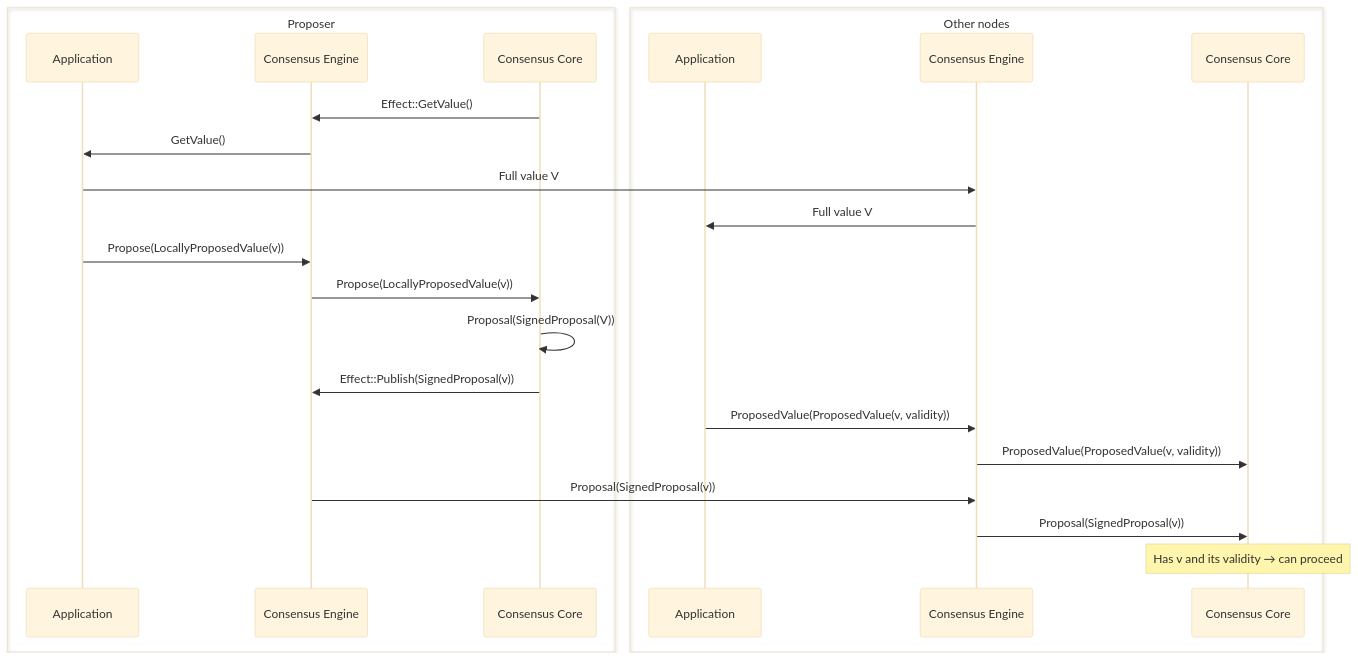
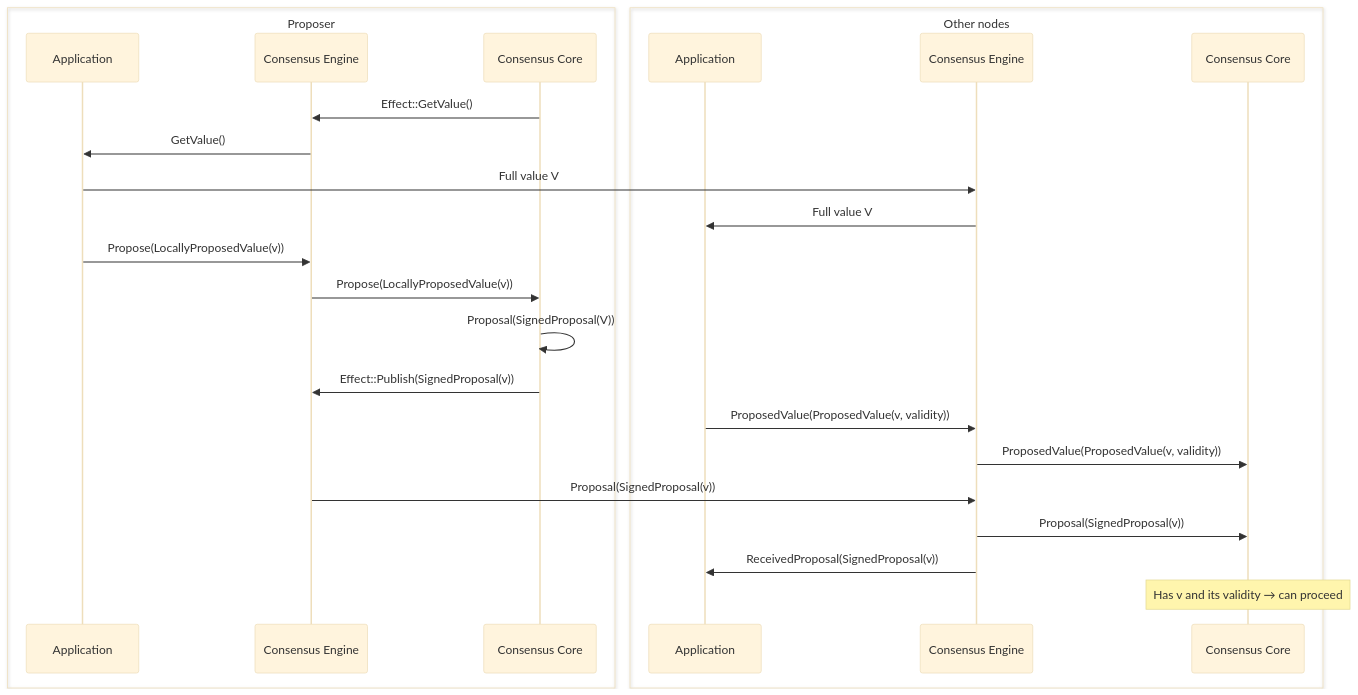
The second of 3 diagrams in docs/architecture/adr-003-values-propagation.md (circlefin/malachite), drawn with Mermaid (base theme) before and after one commit. The commit also changed other lines of this file and 2 other files, not shown here.

First line of the commit message:
Use cast instead of call_and_forward in ProposalAndParts mode

````diff
--- a/docs/architecture/adr-003-values-propagation.md
+++ b/docs/architecture/adr-003-values-propagation.md
@@ -238,33 +238,34 @@
 ```mermaid
 sequenceDiagram
     box Proposer
       participant A1 as Application
       participant E1 as Consensus Engine
       participant C1 as Consensus Core
     end
 
     box Other nodes
       participant A2 as Application
       participant E2 as Consensus Engine
       participant C2 as Consensus Core
     end
 
     C1->>E1: Effect::GetValue()
     E1->>A1: GetValue()
 
     A1->>E2: Full value V
     E2->>A2: Full value V
 
     A1->>E1: Propose(LocallyProposedValue(v))
     E1->>C1: Propose(LocallyProposedValue(v))
     C1->>C1: Proposal(SignedProposal(V))
     C1->>E1: Effect::Publish(SignedProposal(v))
 
     A2->>E2: ProposedValue(ProposedValue(v, validity))
     E2->>C2: ProposedValue(ProposedValue(v, validity))
     E1->>E2: Proposal(SignedProposal(v))
 
     E2->>C2: Proposal(SignedProposal(v))
+    E2->>A2: ReceivedProposal(SignedProposal(v))
 
     Note over C2: Has v and its validity → can proceed
 ```
````
